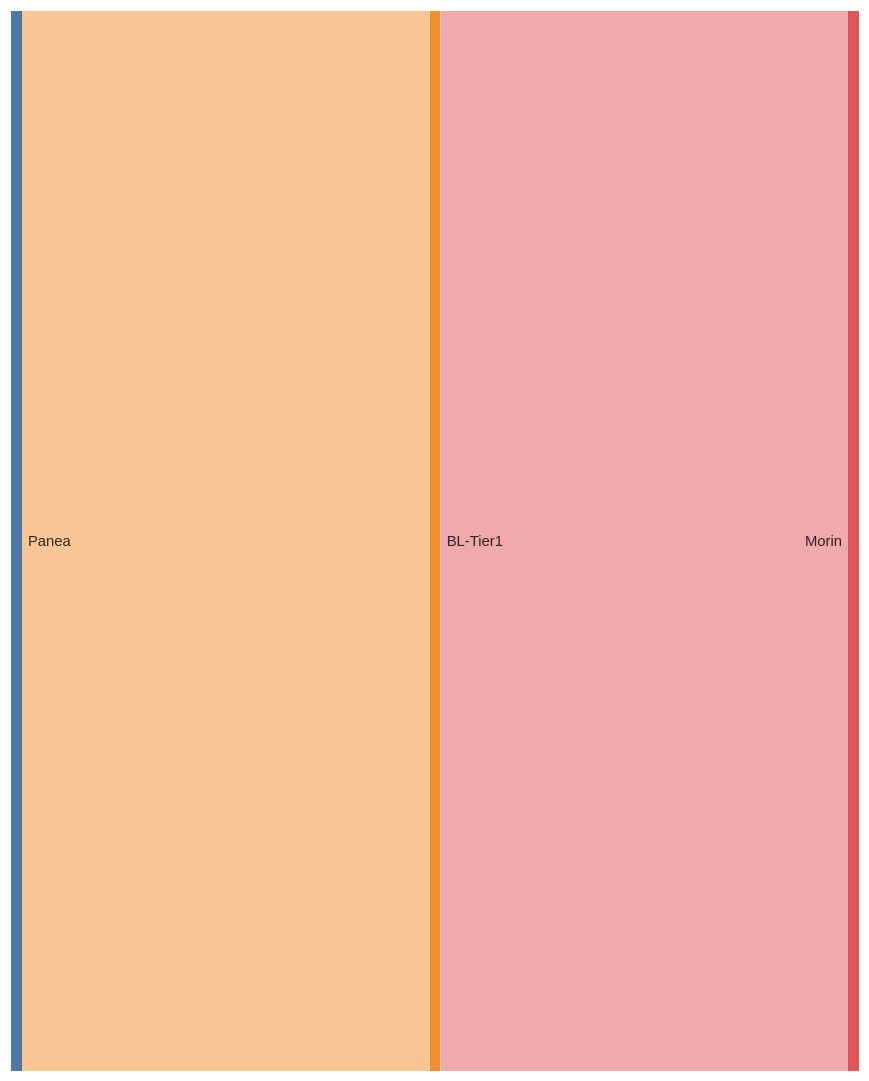
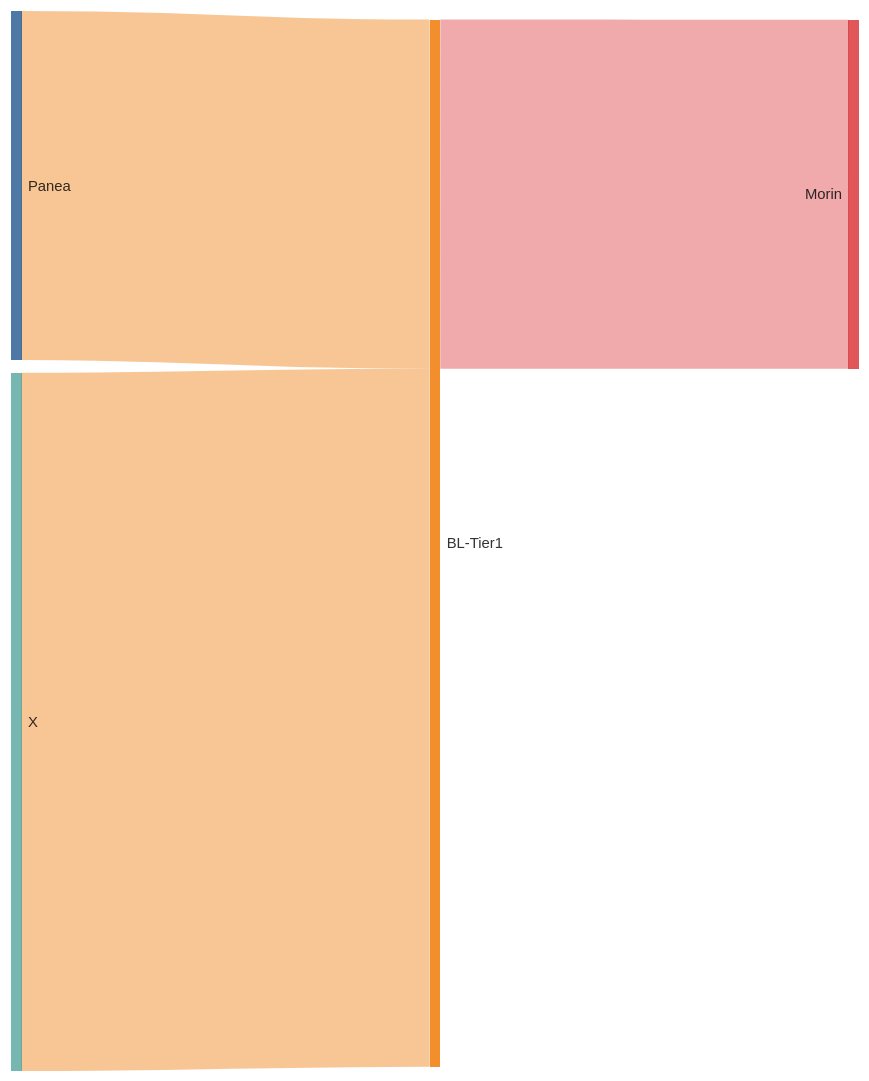
The diagram in sankey_test.md (morinlab/lymphopedia), drawn with Mermaid before and after one commit.

````diff
--- a/sankey_test.md
+++ b/sankey_test.md
@@ -1,15 +1,15 @@
 ```mermaid
 ---
 config:
   sankey:
     showValues: false
     linkColor: target
     width: 800
     height: 1000
     nodeAlignment: right
 ---
 sankey-beta
 Panea, BL-Tier1, 1
 BL-Tier1, Morin, 1
-
+X, BL-Tier1, 2
 ```
````
